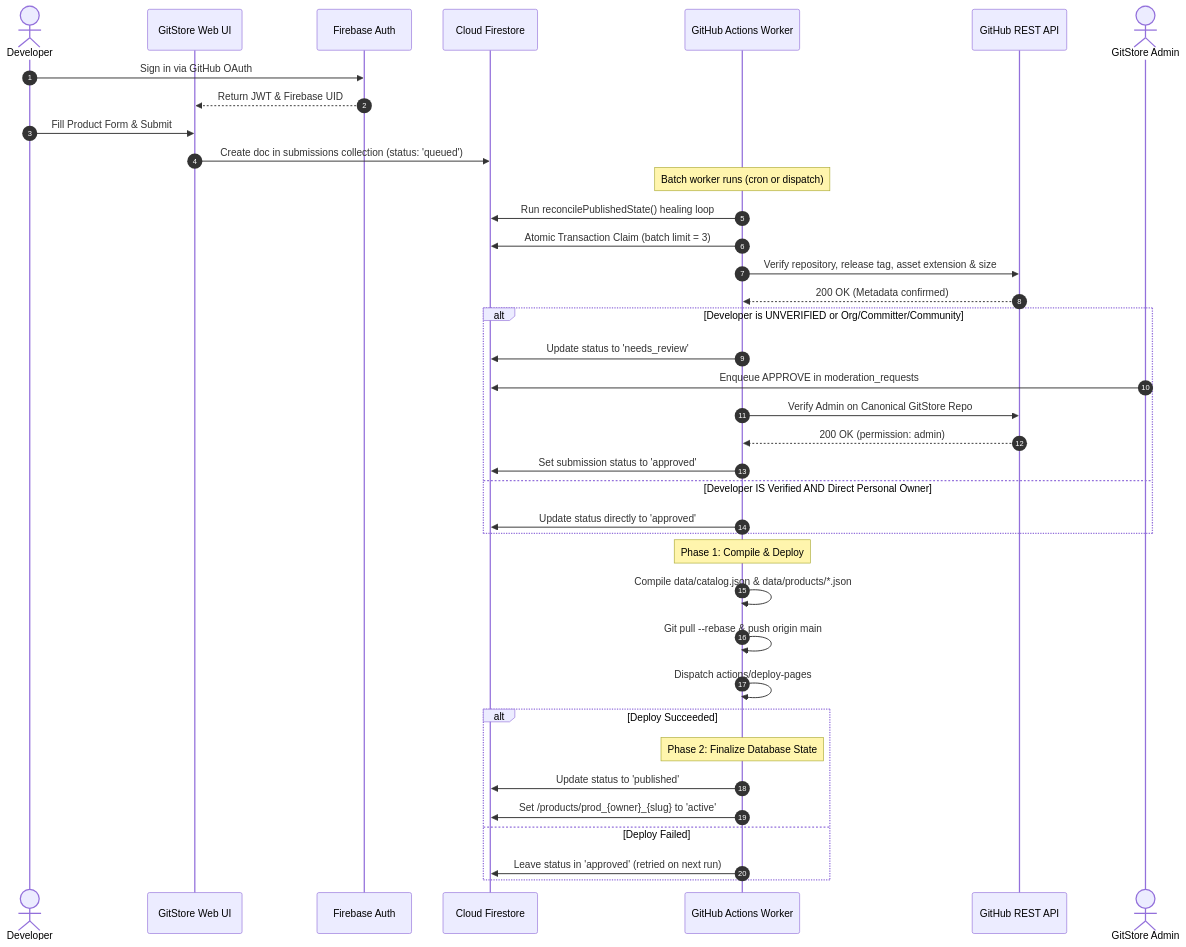
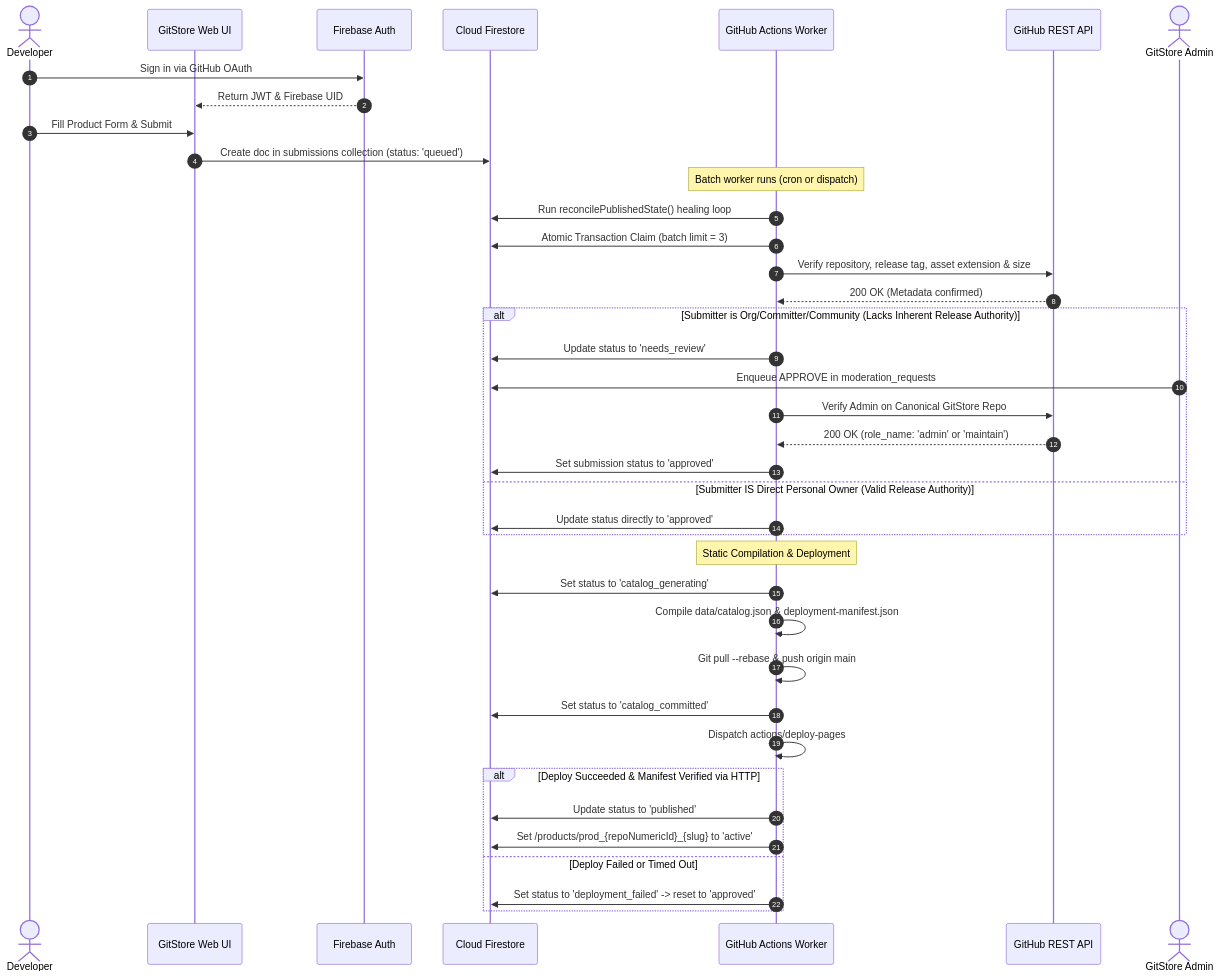
One commit to Rohitpvt/GitStore changed the second of 4 diagrams in docs/SDD.md. Above: the diagram before and after it, drawn with Mermaid. The commit also changed other lines of this file and 13 other files, not shown here.

Commit message:
chore(phase-0.1.2): final security and architecture corrections

````diff
--- a/docs/SDD.md
+++ b/docs/SDD.md
@@ -120,41 +136,42 @@
 ```mermaid
 sequenceDiagram
     autonumber
     actor Dev as Developer
     participant Client as GitStore Web UI
     participant Auth as Firebase Auth
     participant DB as Cloud Firestore
     participant Worker as GitHub Actions Worker
     participant GHAPI as GitHub REST API
     actor Admin as GitStore Admin
 
     Dev->>Auth: Sign in via GitHub OAuth
     Auth-->>Client: Return JWT & Firebase UID
     Dev->>Client: Fill Product Form & Submit
     Client->>DB: Create doc in submissions collection (status: 'queued')
     Note over Worker: Batch worker runs (cron or dispatch)
     Worker->>DB: Run reconcilePublishedState() healing loop
     Worker->>DB: Atomic Transaction Claim (batch limit = 3)
     Worker->>GHAPI: Verify repository, release tag, asset extension & size
     GHAPI-->>Worker: 200 OK (Metadata confirmed)
-    alt Developer is UNVERIFIED or Org/Committer/Community
+    alt Submitter is Org/Committer/Community (Lacks Inherent Release Authority)
         Worker->>DB: Update status to 'needs_review'
         Admin->>DB: Enqueue APPROVE in moderation_requests
         Worker->>GHAPI: Verify Admin on Canonical GitStore Repo
-        GHAPI-->>Worker: 200 OK (permission: admin)
+        GHAPI-->>Worker: 200 OK (role_name: 'admin' or 'maintain')
         Worker->>DB: Set submission status to 'approved'
-    else Developer IS Verified AND Direct Personal Owner
+    else Submitter IS Direct Personal Owner (Valid Release Authority)
         Worker->>DB: Update status directly to 'approved'
     end
-    Note over Worker: Phase 1: Compile & Deploy
-    Worker->>Worker: Compile data/catalog.json & data/products/*.json
+    Note over Worker: Static Compilation & Deployment
+    Worker->>DB: Set status to 'catalog_generating'
+    Worker->>Worker: Compile data/catalog.json & deployment-manifest.json
     Worker->>Worker: Git pull --rebase & push origin main
+    Worker->>DB: Set status to 'catalog_committed'
     Worker->>Worker: Dispatch actions/deploy-pages
-    alt Deploy Succeeded
-        Note over Worker: Phase 2: Finalize Database State
+    alt Deploy Succeeded & Manifest Verified via HTTP
         Worker->>DB: Update status to 'published'
-        Worker->>DB: Set /products/prod_{owner}_{slug} to 'active'
-    else Deploy Failed
-        Worker->>DB: Leave status in 'approved' (retried on next run)
+        Worker->>DB: Set /products/prod_{repoNumericId}_{slug} to 'active'
+    else Deploy Failed or Timed Out
+        Worker->>DB: Set status to 'deployment_failed' -> reset to 'approved'
     end
 ```
````
